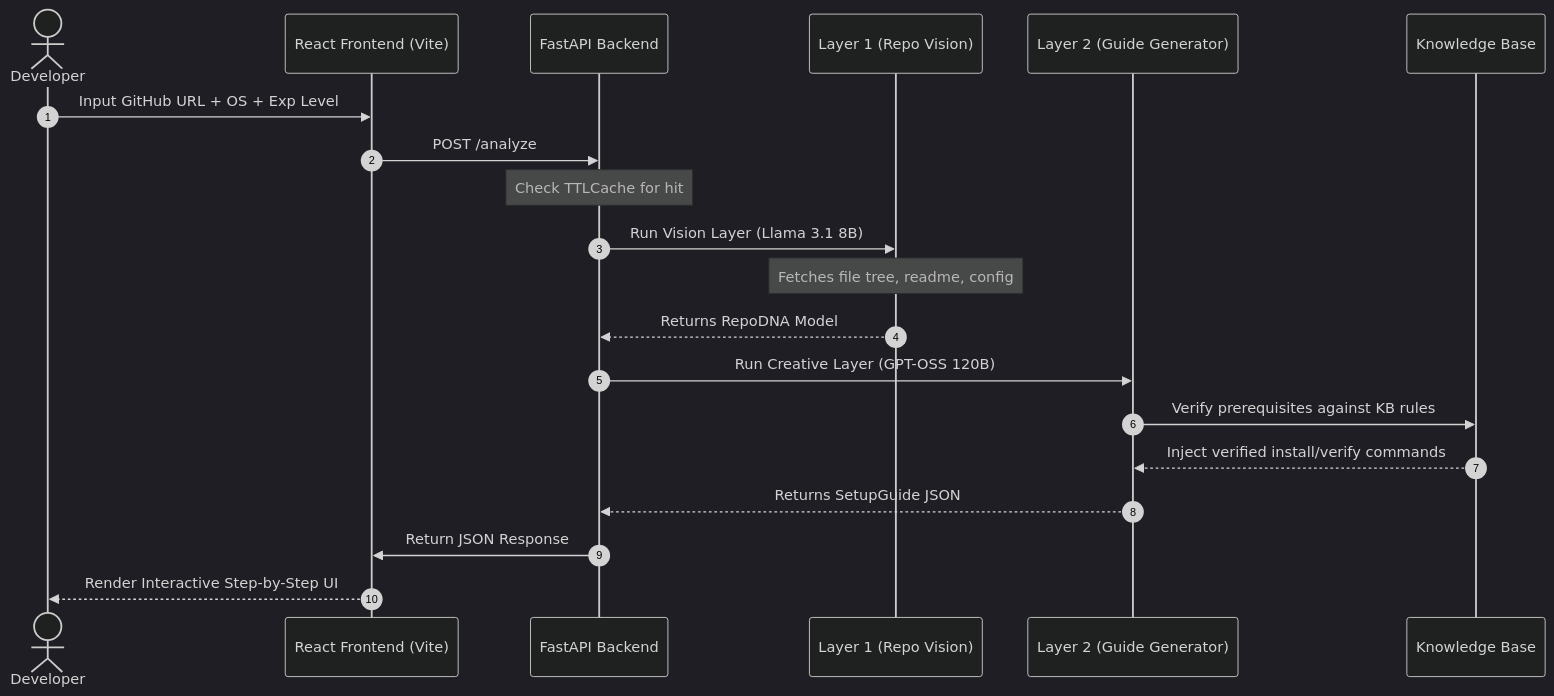
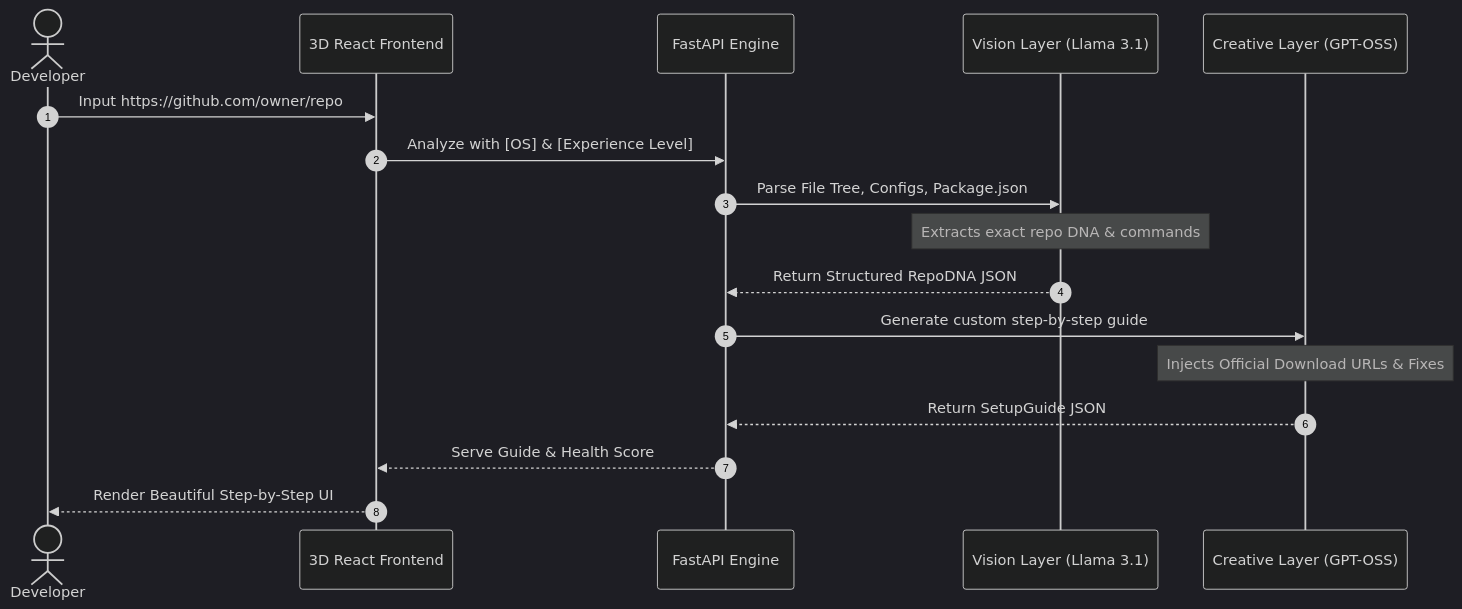
One commit to SandipGhorai-max/NEW-REPONIFY changed the diagram in README.md. Above: the diagram before and after it, drawn with Mermaid (dark theme). The commit also changed other lines of this file, not shown here.

````diff
--- a/README.md
+++ b/README.md
@@ -71,23 +63,20 @@
 ```mermaid
 sequenceDiagram
     autonumber
-    actor User as Developer
-    participant FE as React Frontend (Vite)
-    participant BE as FastAPI Backend
-    participant L1 as Layer 1 (Repo Vision)
-    participant L2 as Layer 2 (Guide Generator)
-    participant KB as Knowledge Base
+    actor Developer
+    participant UI as 3D React Frontend
+    participant Core as FastAPI Engine
+    participant V1 as Vision Layer (Llama 3.1)
+    participant C2 as Creative Layer (GPT-OSS)
 
-    User->>FE: Input GitHub URL + OS + Exp Level
-    FE->>BE: POST /analyze
-    Note over BE: Check TTLCache for hit
-    BE->>L1: Run Vision Layer (Llama 3.1 8B)
-    Note over L1: Fetches file tree, readme, config
-    L1-->>BE: Returns RepoDNA Model
-    BE->>L2: Run Creative Layer (GPT-OSS 120B)
-    L2->>KB: Verify prerequisites against KB rules
-    KB-->>L2: Inject verified install/verify commands
-    L2-->>BE: Returns SetupGuide JSON
-    BE->>FE: Return JSON Response
-    FE-->>User: Render Interactive Step-by-Step UI
+    Developer->>UI: Input https://github.com/owner/repo
+    UI->>Core: Analyze with [OS] & [Experience Level]
+    Core->>V1: Parse File Tree, Configs, Package.json
+    Note over V1: Extracts exact repo DNA & commands
+    V1-->>Core: Return Structured RepoDNA JSON
+    Core->>C2: Generate custom step-by-step guide
+    Note over C2: Injects Official Download URLs & Fixes
+    C2-->>Core: Return SetupGuide JSON
+    Core-->>UI: Serve Guide & Health Score
+    UI-->>Developer: Render Beautiful Step-by-Step UI
 ```
````
